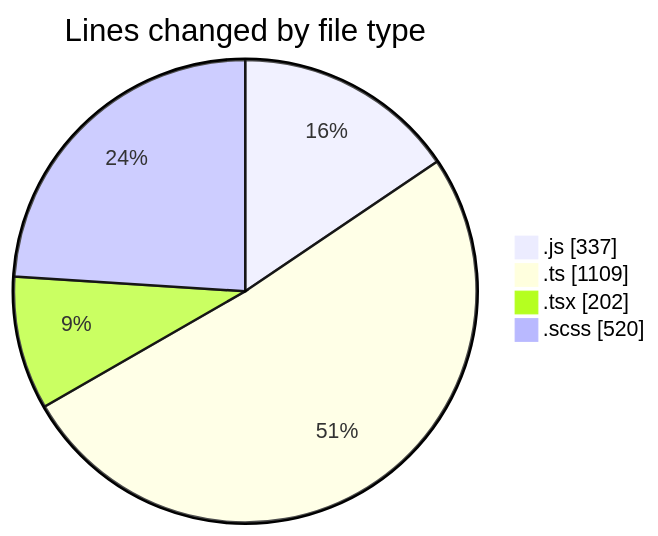
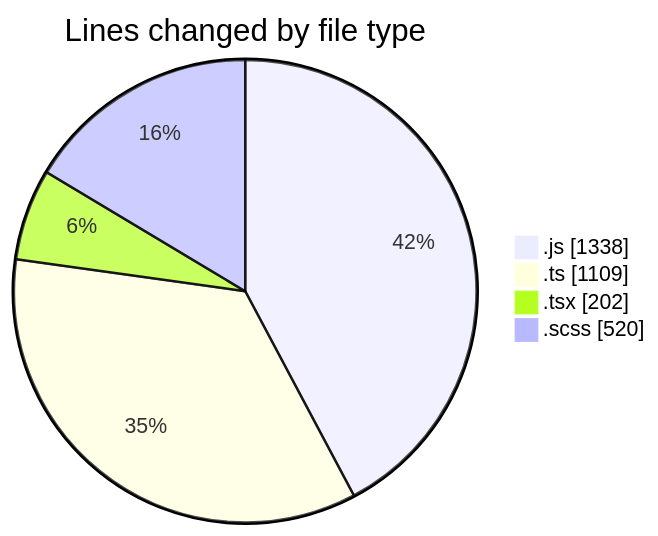
Before and after one commit to momahboobian/code-tracking: the first of 2 diagrams in 2025-06-18/cda/README.md, drawn with Mermaid. The commit also changed other lines of this file and 1 other file, not shown here.

````diff
--- a/2025-06-18/cda/README.md
+++ b/2025-06-18/cda/README.md
@@ -40,8 +40,8 @@
 ```mermaid
 pie showData
 title Lines changed by file type
-".js" : 337
+".js" : 1338
 ".ts" : 1109
 ".tsx" : 202
 ".scss" : 520
 ```
````
